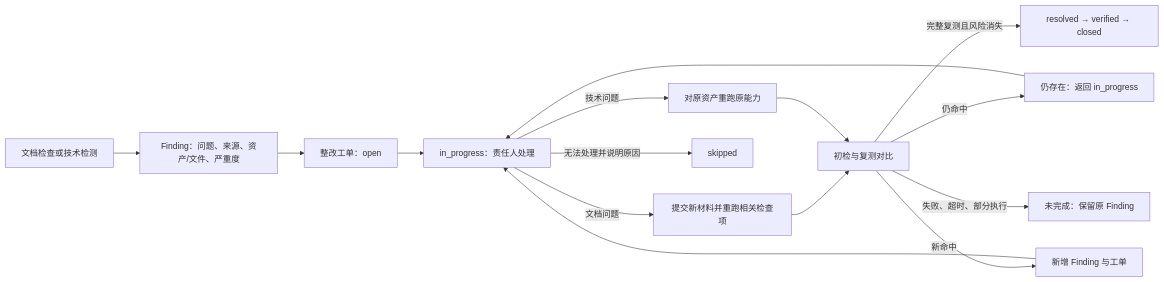
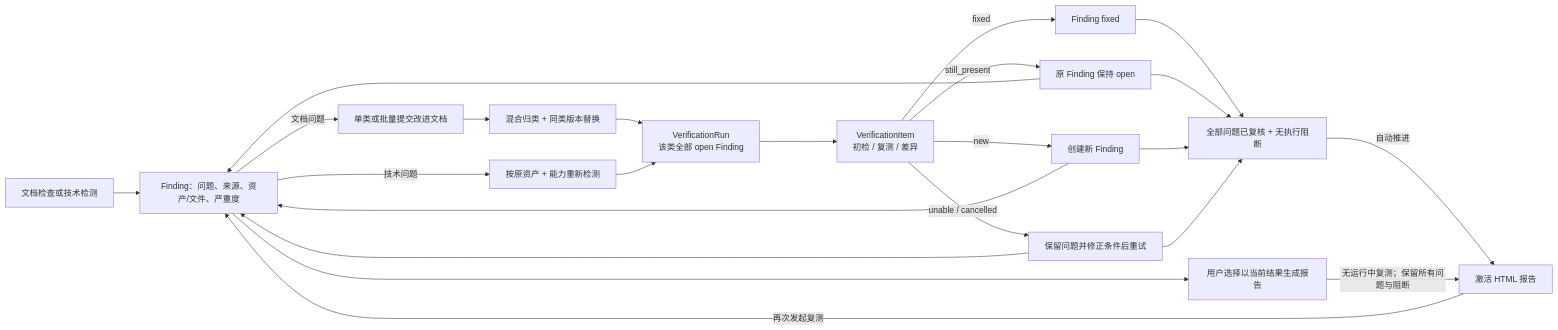
The ninth of 11 diagrams in .opencode/plans/ARCHITECTURE.md (asxzsa558/CertiProof), drawn with Mermaid before and after one commit. The commit also changed other lines of this file and 120 other files, not shown here.

````diff
--- a/.opencode/plans/ARCHITECTURE.md
+++ b/.opencode/plans/ARCHITECTURE.md
@@ -774,17 +859,25 @@
 ```mermaid
 flowchart LR
   SOURCE["文档检查或技术检测"] --> FINDING["Finding：问题、来源、资产/文件、严重度"]
-  FINDING --> TICKET["整改工单：open"]
-  TICKET --> WORK["in_progress：责任人处理"]
-  WORK -->|"文档问题"| DOCFIX["提交新材料并重跑相关检查项"]
-  WORK -->|"技术问题"| TECHFIX["对原资产重跑原能力"]
-  WORK -->|"无法处理并说明原因"| SKIP["skipped"]
-  DOCFIX --> COMPARE["初检与复测对比"]
-  TECHFIX --> COMPARE
-  COMPARE -->|"完整复测且风险消失"| RESOLVED["resolved → verified → closed"]
-  COMPARE -->|"仍命中"| EXISTS["仍存在：返回 in_progress"]
-  COMPARE -->|"新命中"| NEW["新增 Finding 与工单"]
-  COMPARE -->|"失败、超时、部分执行"| UNABLE["未完成：保留原 Finding"]
-  EXISTS --> WORK
-  NEW --> WORK
+  FINDING -->|"文档问题"| DOC["单类或批量提交改进文档"]
+  DOC --> CLASSIFY["混合归类 + 同类版本替换"]
+  FINDING -->|"技术问题"| TECH["按原资产 + 能力重新检测"]
+  CLASSIFY --> RUN["VerificationRun<br/>该类全部 open Finding"]
+  TECH --> RUN
+  RUN --> ITEM["VerificationItem<br/>初检 / 复测 / 差异"]
+  ITEM -->|"fixed"| RESOLVED["Finding fixed"]
+  ITEM -->|"still_present"| EXISTS["原 Finding 保持 open"]
+  ITEM -->|"new"| NEW["创建新 Finding"]
+  ITEM -->|"unable / cancelled"| UNABLE["保留问题并修正条件后重试"]
+  EXISTS --> FINDING
+  NEW --> FINDING
+  UNABLE --> FINDING
+  RESOLVED --> AUTO["全部问题已复核 + 无执行阻断"]
+  EXISTS --> AUTO
+  NEW --> AUTO
+  UNABLE --> AUTO
+  AUTO -->|"自动推进"| REPORT["激活 HTML 报告"]
+  FINDING --> SNAPSHOT["用户选择以当前结果生成报告"]
+  SNAPSHOT -->|"无运行中复测；保留所有问题与阻断"| REPORT
+  REPORT -->|"再次发起复测"| FINDING
 ```
````
